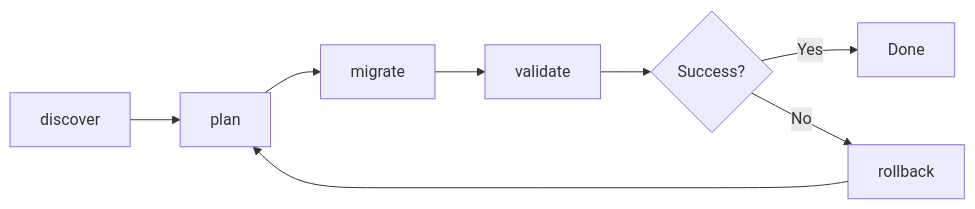
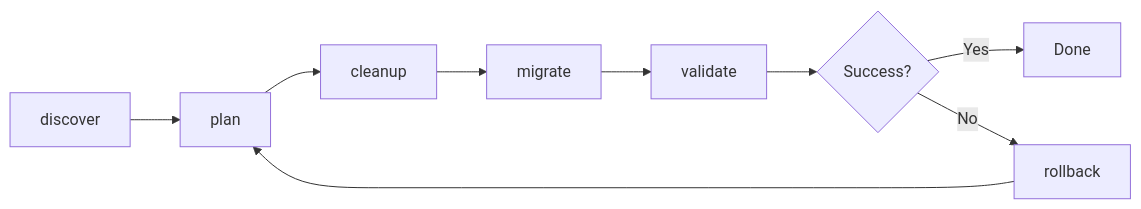
Before and after one commit to n8group-oss/bb2gh: the diagram in docs/gitbook/commands/README.md, drawn with Mermaid. The commit also changed other lines of this file and 2 other files, not shown here.

Commit message:
sync: update from bb2gh-core@ce531a4

````diff
--- a/docs/gitbook/commands/README.md
+++ b/docs/gitbook/commands/README.md
@@ -7,10 +7,11 @@
 ```mermaid
 graph LR
     A[discover] --> B[plan]
-    B --> C[migrate]
-    C --> D[validate]
-    D --> E{Success?}
-    E -->|Yes| F[Done]
-    E -->|No| G[rollback]
-    G --> B
+    B --> C[cleanup]
+    C --> D[migrate]
+    D --> E[validate]
+    E --> F{Success?}
+    F -->|Yes| G[Done]
+    F -->|No| H[rollback]
+    H --> B
 ```
````
